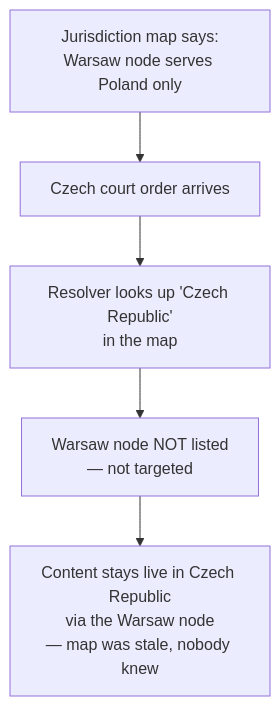
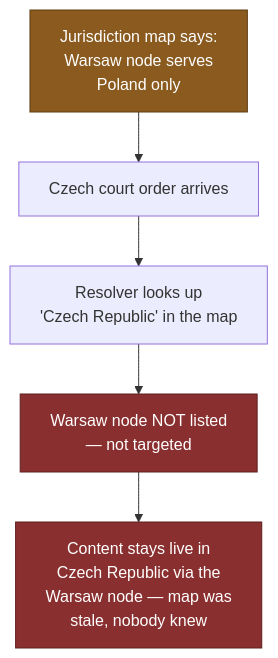
One commit to riyaz-pasha/Learnings changed the seventh of 13 diagrams in system-design/HLD/0-course/48-Legal-Takedown-Propagation-System-FAANG-Guide-story.md. Above: the diagram before and after it, drawn with Mermaid. The commit also changed other lines of this file and 1 other file, not shown here.

Commit message:
[REWRITE] Legal Takedown Propagation story guide: simplify prose, add structure, fix diagrams

````diff
--- a/system-design/HLD/0-course/48-Legal-Takedown-Propagation-System-FAANG-Guide-story.md
+++ b/system-design/HLD/0-course/48-Legal-Takedown-Propagation-System-FAANG-Guide-story.md
@@ -170,7 +337,12 @@
 ```mermaid
 flowchart TD
-    A["Jurisdiction map says:\nWarsaw node serves Poland only"] --> B["Czech court order arrives"]
-    B --> C["Resolver looks up 'Czech Republic'\nin the map"]
-    C --> D["Warsaw node NOT listed\n— not targeted"]
-    D --> E["Content stays live in Czech Republic\nvia the Warsaw node\n— map was stale, nobody knew"]
+    A["Jurisdiction map says:<br/>Warsaw node serves<br/>Poland only"] --> B["Czech court order arrives"]
+    B --> C["Resolver looks up<br/>'Czech Republic' in the map"]
+    C --> D["Warsaw node NOT listed<br/>— not targeted"]
+    D --> E["Content stays live in<br/>Czech Republic via the<br/>Warsaw node — map was<br/>stale, nobody knew"]
+
+    classDef stale fill:#8a5a1f,stroke:#5e3d13,color:#ffffff
+    classDef bad fill:#8a2f2f,stroke:#5e1f1f,color:#ffffff
+    class A stale
+    class D,E bad
 ```
````
